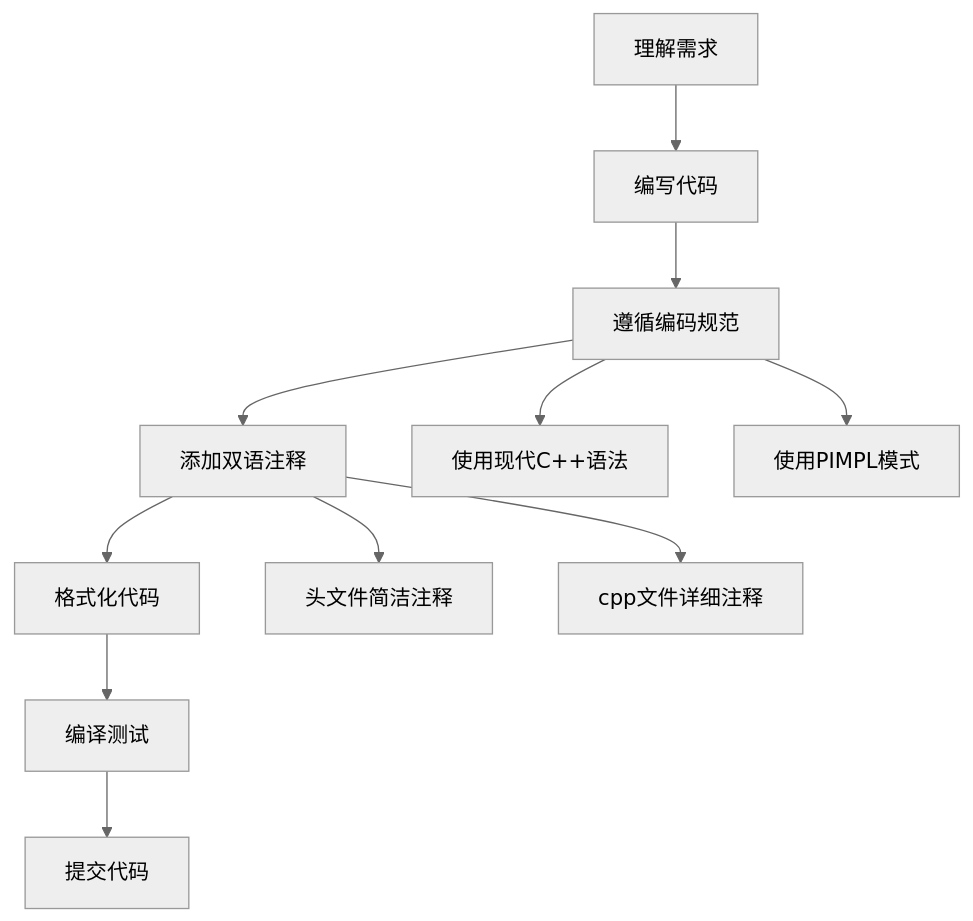
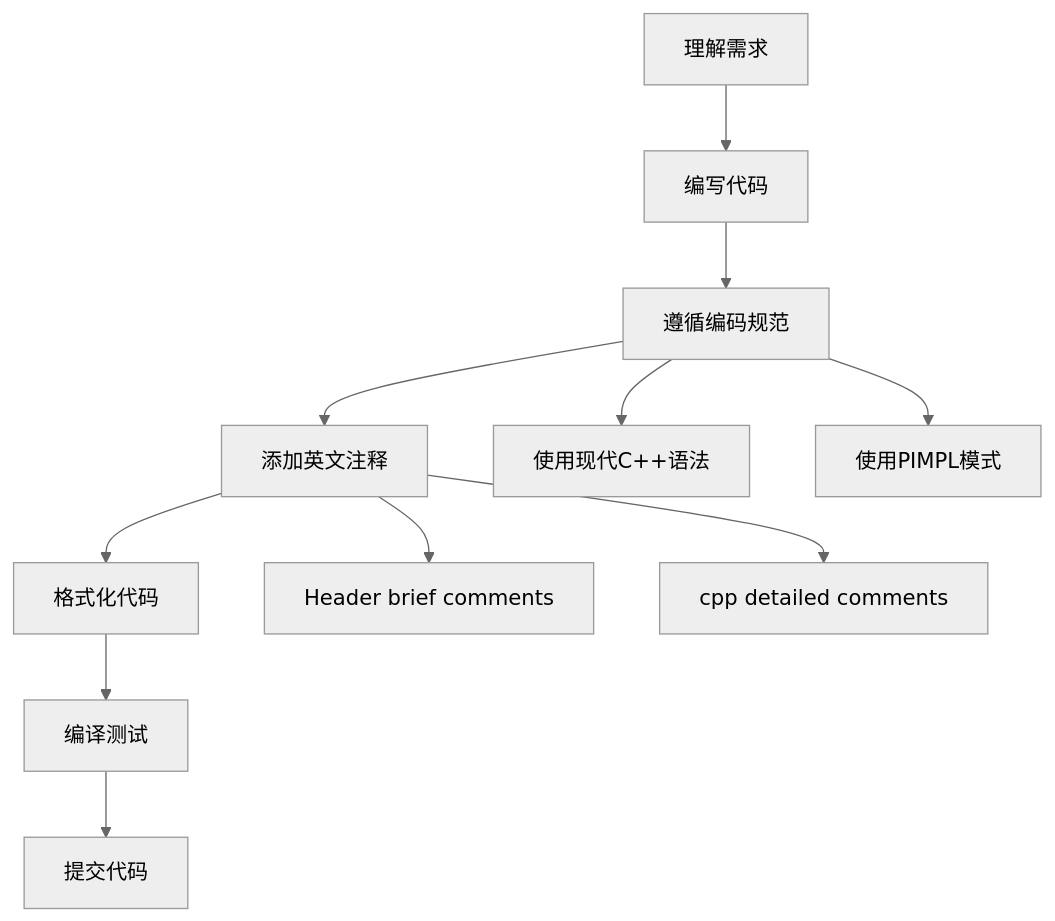
One commit to space-ast/QWT changed the diagram in docs/zh/dev-guide/index.md. Above: the diagram before and after it, drawn with Mermaid (neutral theme). The commit also changed other lines of this file and 5 other files, not shown here.

````diff
--- a/docs/zh/dev-guide/index.md
+++ b/docs/zh/dev-guide/index.md
@@ -15,15 +15,15 @@
 ```mermaid
 flowchart TD
     A[理解需求] --> B[编写代码]
     B --> C[遵循编码规范]
-    C --> D[添加双语注释]
+    C --> D[添加英文注释]
     D --> E[格式化代码]
     E --> F[编译测试]
     F --> G[提交代码]
     
     C --> C1[使用现代C++语法]
     C --> C2[使用PIMPL模式]
     
-    D --> D1[头文件简洁注释]
-    D --> D2[cpp文件详细注释]
+    D --> D1[Header brief comments]
+    D --> D2[cpp detailed comments]
 ```
````
